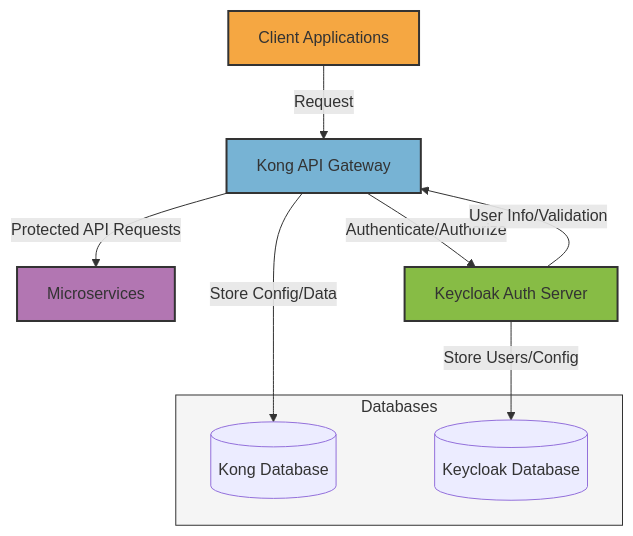
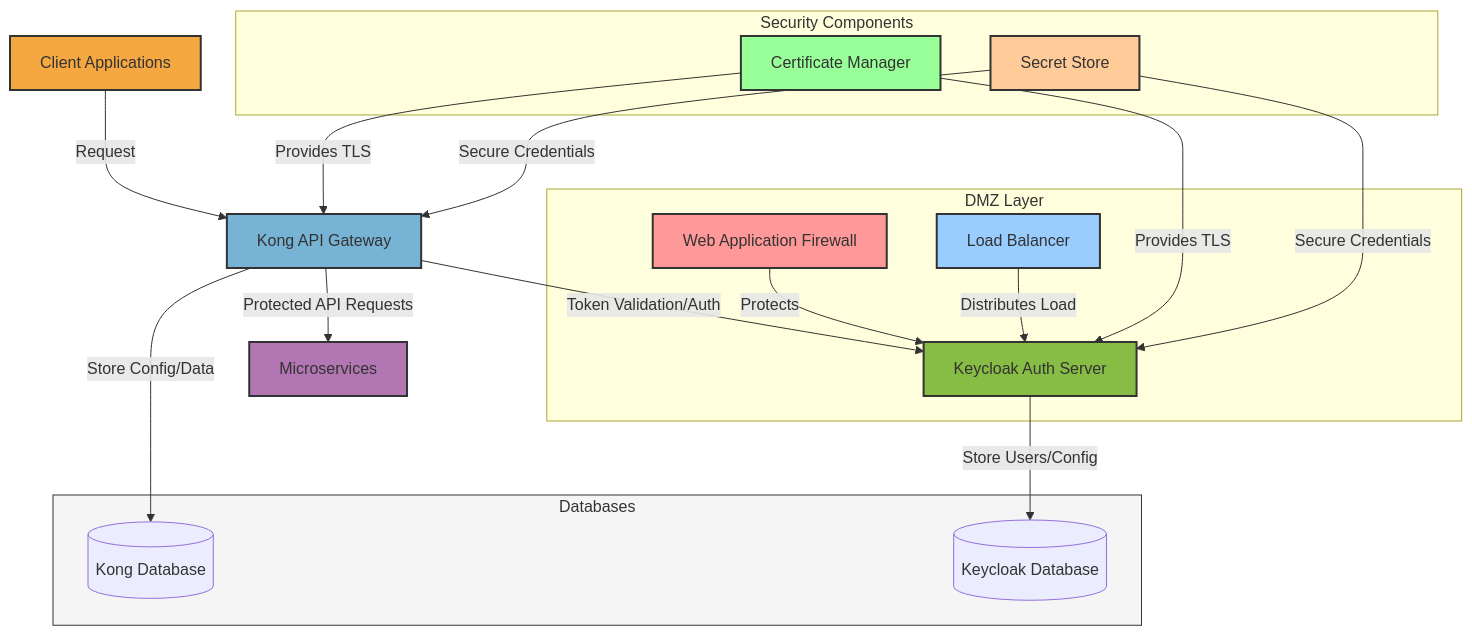
The diagram in docs/general-architecture.mermaid (hcikikci/kong-keycloak-microservices), drawn with Mermaid before and after one commit. The commit also changed 8 other files, not shown here.

Commit message:
Enhance README and architecture documentation for Keycloak and Kong integration. Updated descriptions for clarity, added detailed architecture features, improved Docker Compose configurations, and refined network diagrams. Included security measures and best practices for deployment.

```diff
--- a/docs/general-architecture.mermaid
+++ b/docs/general-architecture.mermaid
@@ -1,19 +1,41 @@
 graph TD
     Client[Client Applications] -->|Request| Kong[Kong API Gateway]
     Kong -->|Protected API Requests| Microservices[Microservices]
-    Kong -->|Authenticate/Authorize| Keycloak[Keycloak Auth Server]
-    Keycloak -->|User Info/Validation| Kong
+    Kong -->|Token Validation/Auth| Keycloak[Keycloak Auth Server]
+    
+    subgraph "DMZ Layer"
+        Keycloak
+        WAF[Web Application Firewall]
+        LB[Load Balancer]
+    end
+    
+    WAF -->|Protects| Keycloak
+    LB -->|Distributes Load| Keycloak
     
     subgraph Databases
         KongDB[(Kong Database)]
         KeycloakDB[(Keycloak Database)]
     end
     
     Kong -->|Store Config/Data| KongDB
     Keycloak -->|Store Users/Config| KeycloakDB
     
+    subgraph "Security Components"
+        CertManager[Certificate Manager]
+        SecretStore[Secret Store]
+    end
+    
+    CertManager -->|Provides TLS| Kong
+    CertManager -->|Provides TLS| Keycloak
+    SecretStore -->|Secure Credentials| Kong
+    SecretStore -->|Secure Credentials| Keycloak
+    
     style Kong fill:#77b3d4,stroke:#333,stroke-width:2px
     style Keycloak fill:#87bc45,stroke:#333,stroke-width:2px
     style Client fill:#f5a742,stroke:#333,stroke-width:2px
     style Microservices fill:#b276b2,stroke:#333,stroke-width:2px
     style Databases fill:#f5f5f5,stroke:#333,stroke-width:1px
+    style WAF fill:#ff9999,stroke:#333,stroke-width:2px
+    style LB fill:#99ccff,stroke:#333,stroke-width:2px
+    style CertManager fill:#99ff99,stroke:#333,stroke-width:2px
+    style SecretStore fill:#ffcc99,stroke:#333,stroke-width:2px
```
